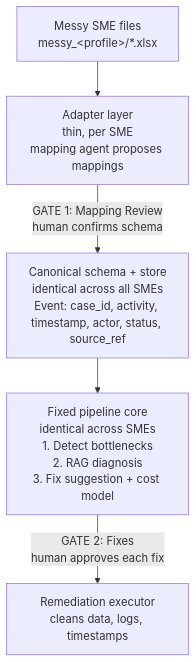
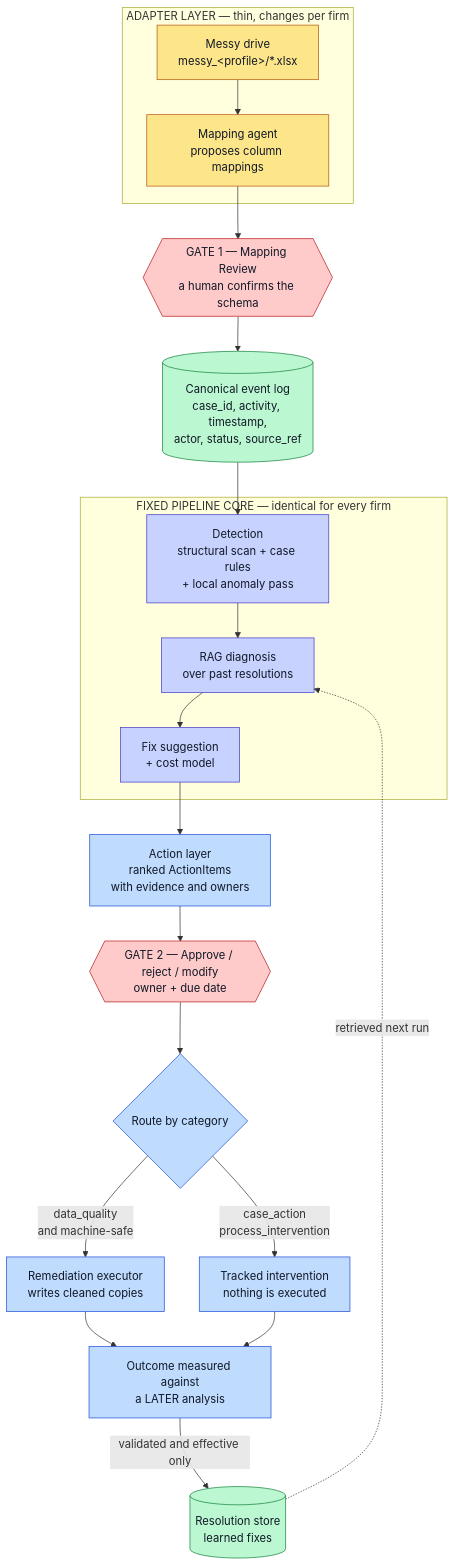
The first of 2 diagrams in wiki/System-Architecture.md (Emmett-M-Dev/bottleneck-ingest), drawn with Mermaid before and after one commit. The commit also changed other lines of this file and 17 other files, not shown here.

````diff
--- a/wiki/System-Architecture.md
+++ b/wiki/System-Architecture.md
@@ -13,7 +13,40 @@
 ```mermaid
 flowchart TD
-    A[Messy SME files<br/>messy_&lt;profile&gt;/*.xlsx] --> B[Adapter layer<br/>thin, per SME<br/>mapping agent proposes mappings]
-    B -->|GATE 1: Mapping Review<br/>human confirms schema| C[Canonical schema + store<br/>identical across all SMEs<br/>Event: case_id, activity, timestamp, actor, status, source_ref]
-    C --> D[Fixed pipeline core<br/>identical across SMEs<br/>1. Detect bottlenecks<br/>2. RAG diagnosis<br/>3. Fix suggestion + cost model]
-    D -->|GATE 2: Fixes<br/>human approves each fix| E[Remediation executor<br/>cleans data, logs, timestamps]
+    subgraph ADAPT["ADAPTER LAYER — thin, changes per firm"]
+        F["Messy drive<br/>messy_&lt;profile&gt;/*.xlsx"] --> M["Mapping agent<br/>proposes column mappings"]
+    end
+
+    M --> G1{{"GATE 1 — Mapping Review<br/>a human confirms the schema"}}
+    G1 --> L[("Canonical event log<br/>case_id, activity, timestamp,<br/>actor, status, source_ref")]
+
+    subgraph CORE["FIXED PIPELINE CORE — identical for every firm"]
+        D["Detection<br/>structural scan + case rules<br/>+ local anomaly pass"]
+        R["RAG diagnosis<br/>over past resolutions"]
+        S["Fix suggestion<br/>+ cost model"]
+        D --> R --> S
+    end
+
+    L --> D
+    S --> A["Action layer<br/>ranked ActionItems<br/>with evidence and owners"]
+    A --> G2{{"GATE 2 — Approve / reject / modify<br/>owner + due date"}}
+    G2 --> RT{"Route by category"}
+
+    RT -->|"data_quality<br/>and machine-safe"| EX["Remediation executor<br/>writes cleaned copies"]
+    RT -->|"case_action<br/>process_intervention"| TR["Tracked intervention<br/>nothing is executed"]
+
+    EX --> OU["Outcome measured against<br/>a LATER analysis"]
+    TR --> OU
+    OU -->|"validated and effective only"| KB[("Resolution store<br/>learned fixes")]
+    KB -.->|"retrieved next run"| R
+
+    classDef inp fill:#fde68a,stroke:#b45309,color:#111827
+    classDef gate fill:#fecaca,stroke:#b91c1c,color:#111827
+    classDef store fill:#bbf7d0,stroke:#15803d,color:#111827
+    classDef core fill:#c7d2fe,stroke:#4338ca,color:#111827
+    classDef act fill:#bfdbfe,stroke:#1d4ed8,color:#111827
+    class F,M inp
+    class G1,G2 gate
+    class L,KB store
+    class D,R,S core
+    class A,RT,EX,TR,OU act
 ```
````
